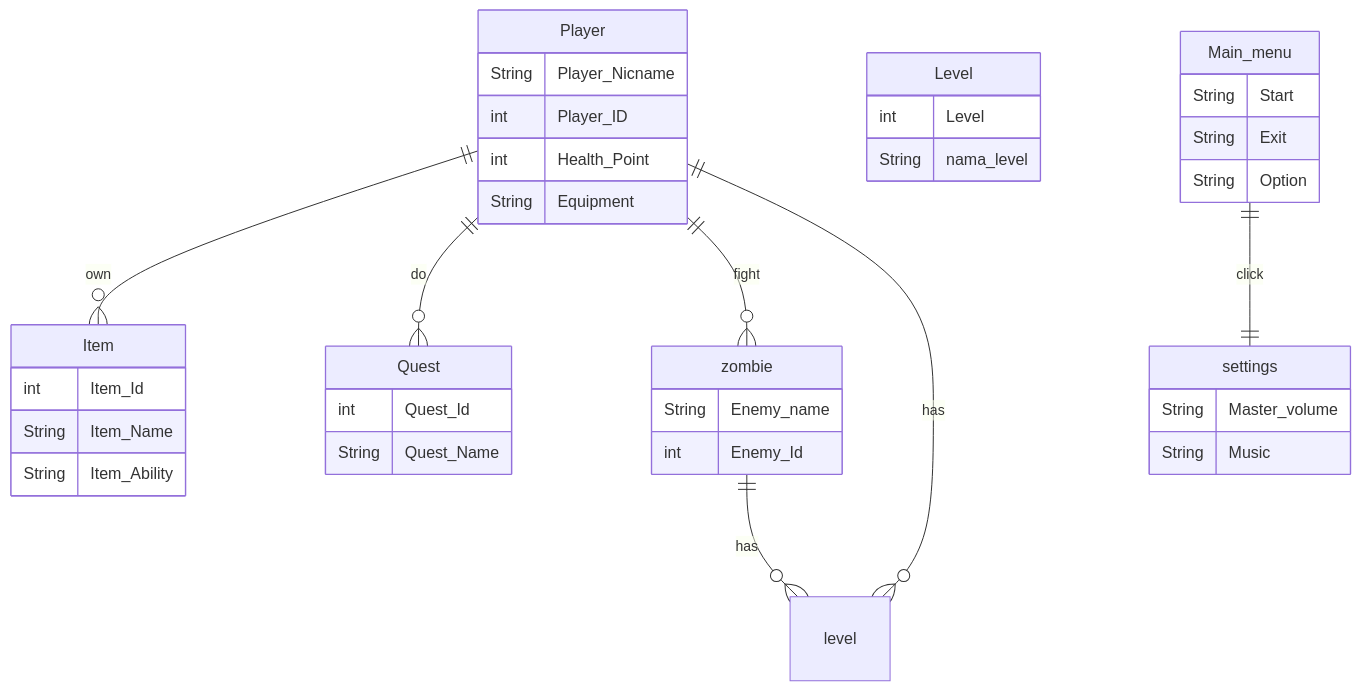
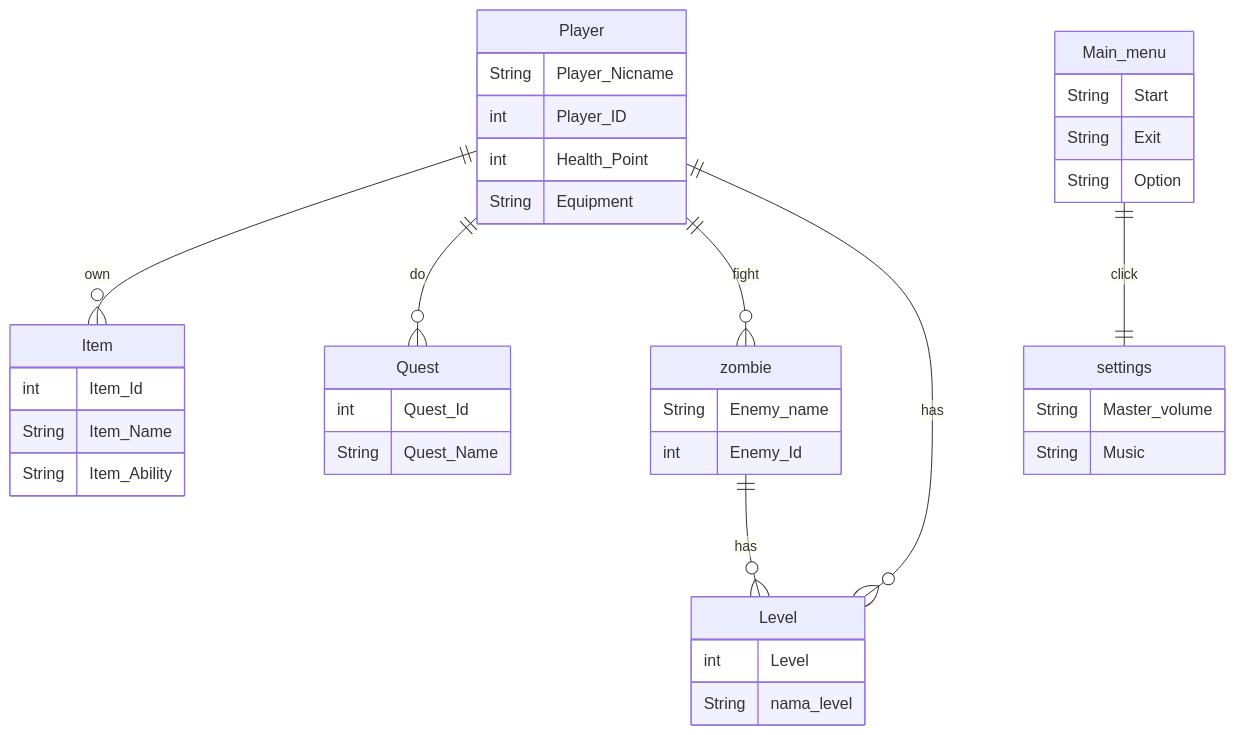
Before and after one commit to keeaanoo/Pengenalan-Informatika: the first of 2 diagrams in UTS.md, drawn with Mermaid.

````diff
--- a/UTS.md
+++ b/UTS.md
@@ -55,42 +55,42 @@
 ```mermaid
 erDiagram
  Player{
         String  Player_Nicname
         int     Player_ID
         int     Health_Point
         String  Equipment
     }
  Item{
         int     Item_Id
         String  Item_Name
         String  Item_Ability
     }
 Quest{
         int    Quest_Id
         String Quest_Name
     }
 Level{
         int    Level
         String nama_level
     }
 zombie{
         String Enemy_name
         int    Enemy_Id
     }
 Main_menu{
         String Start
         String Exit
         String Option
     }
 settings{
         String Master_volume
         String Music
     }
 
     Main_menu||--||settings : click
     Player||--o{Item : own
     Player||--o{Quest : do
     Player||--o{zombie : fight
-    Player||--o{level : has
-    zombie||--o{level : has
+    Player||--o{Level : has
+    zombie||--o{Level : has
  ```
````
